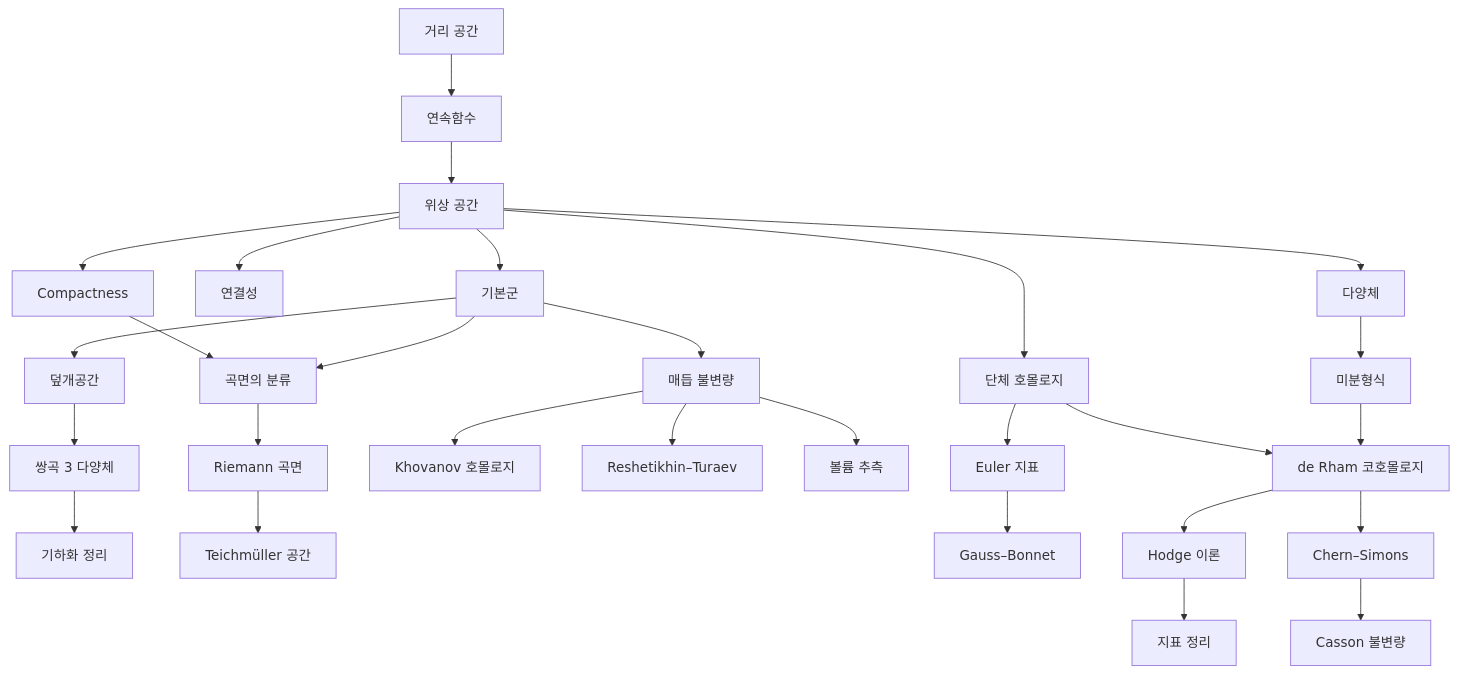
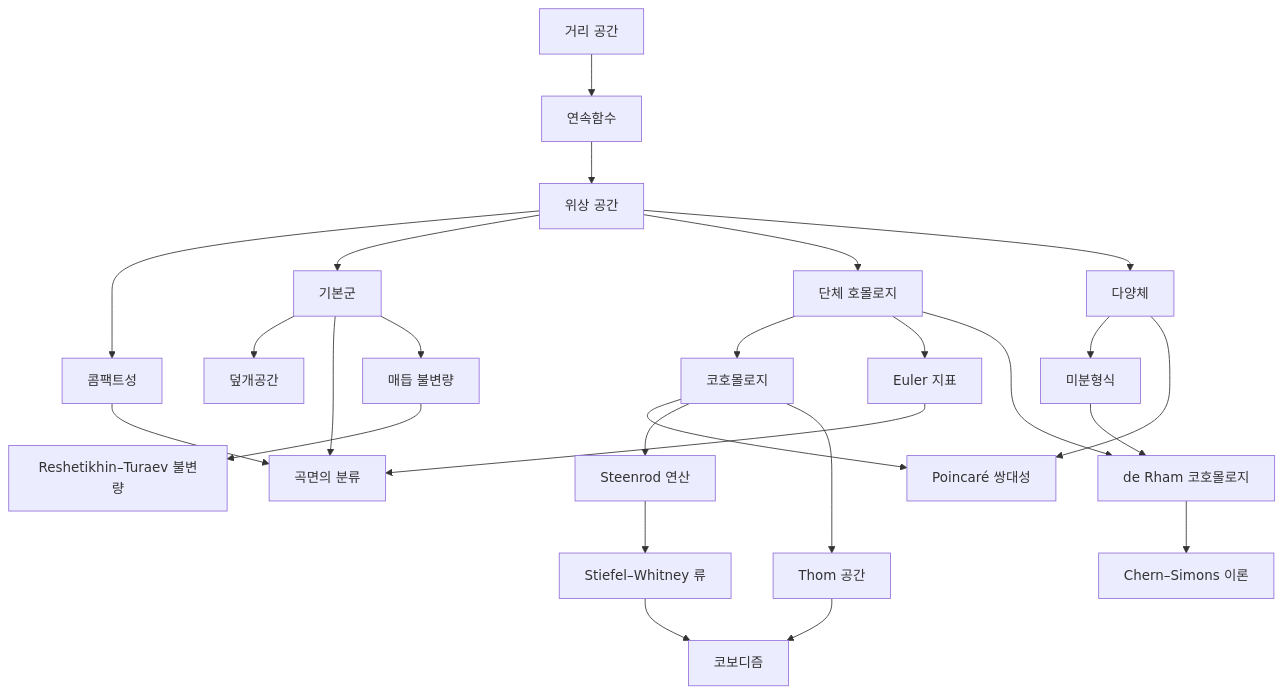
Before and after one commit to Phryxia/math-map: the diagram in docs/topology-overview.md, drawn with Mermaid. The commit also changed other lines of this file, not shown here.

````diff
--- a/docs/topology-overview.md
+++ b/docs/topology-overview.md
@@ -11,15 +11,19 @@
 ```mermaid
 graph TD
   MS["거리 공간"] --> CT["연속함수"] --> TP["위상 공간"]
-  TP --> CP["Compactness"] --> CS["곡면의 분류"]
-  TP --> CN["연결성"]
-  TP --> FG["기본군"] --> CV["덮개공간"] --> H3["쌍곡 3 다양체"] --> GZ["기하화 정리"]
-  FG --> CS --> RS["Riemann 곡면"] --> TS["Teichmüller 공간"]
-  FG --> KN["매듭 불변량"] --> KH["Khovanov 호몰로지"]
-  KN --> RT["Reshetikhin–Turaev"]
-  KN --> VC["볼륨 추측"]
-  TP --> HM["단체 호몰로지"] --> EC["Euler 지표"] --> GB["Gauss–Bonnet"]
-  HM --> DR["de Rham 코호몰로지"] --> HT["Hodge 이론"] --> IT["지표 정리"]
-  TP --> MF["다양체"] --> DF["미분형식"] --> DR
-  DR --> CSM["Chern–Simons"] --> CI["Casson 불변량"]
+  TP --> CP["콤팩트성"]
+  TP --> FG["기본군"] --> CV["덮개공간"]
+  TP --> HM["단체 호몰로지"] --> CH["코호몰로지"]
+  HM --> EC["Euler 지표"]
+  TP --> MF["다양체"] --> DF["미분형식"] --> DR["de Rham 코호몰로지"]
+  HM --> DR
+  CH --> PD["Poincaré 쌍대성"]
+  MF --> PD
+  CH --> SQ["Steenrod 연산"] --> SW["Stiefel–Whitney 류"] --> CB["코보디즘"]
+  CH --> TH["Thom 공간"] --> CB
+  EC --> CS["곡면의 분류"]
+  FG --> CS
+  CP --> CS
+  FG --> KN["매듭 불변량"] --> RT["Reshetikhin–Turaev 불변량"]
+  DR --> CSM["Chern–Simons 이론"]
 ```
````
